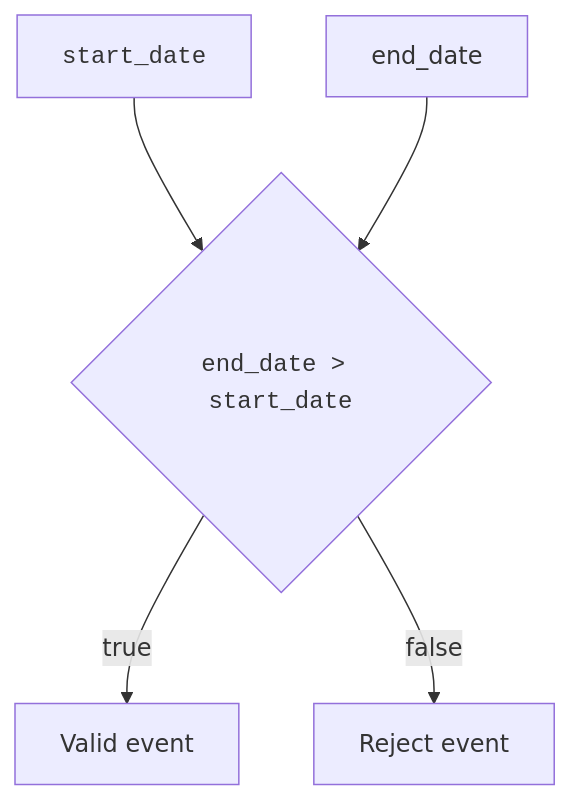
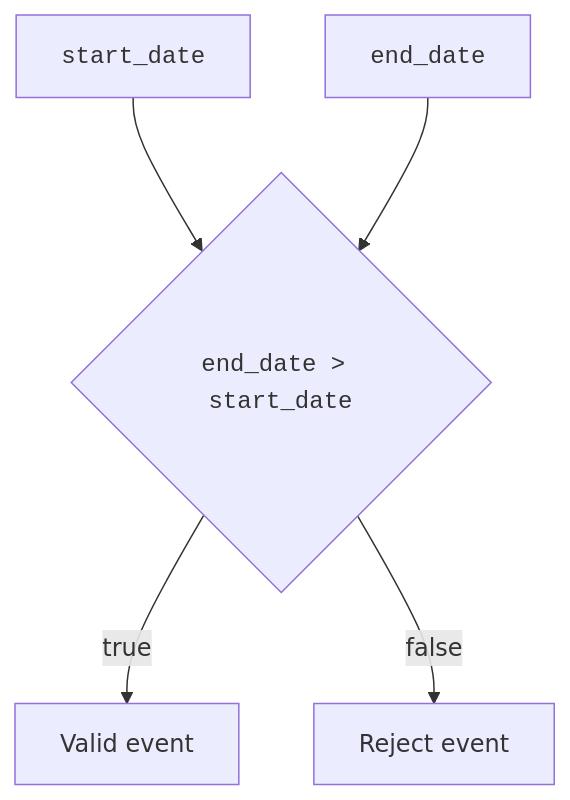
One commit to dataslope/dataslope changed the third of 5 diagrams in content/courses/database-design-postgresql/check-constraints.mdx. Above: the diagram before and after it, drawn with Mermaid. The commit also changed 65 other files, not shown here.

First line of the commit message:
Set code in every mermaid label in the mono face

````diff
--- a/content/courses/database-design-postgresql/check-constraints.mdx
+++ b/content/courses/database-design-postgresql/check-constraints.mdx
@@ -126,7 +126,7 @@
 ```mermaid
 flowchart TD
     Start["<code>start_date</code>"] --> Rule{"<code>end_date &gt; start_date</code>"}
-    End["end_date"] --> Rule
+    End["<code>end_date</code>"] --> Rule
     Rule -->|true| Valid["Valid event"]
     Rule -->|false| Invalid["Reject event"]
 ```
````
